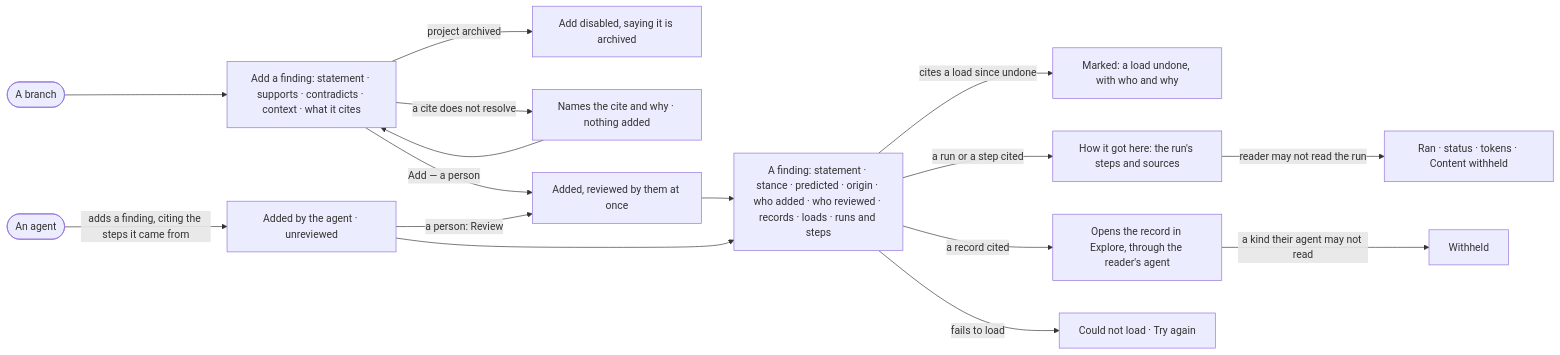
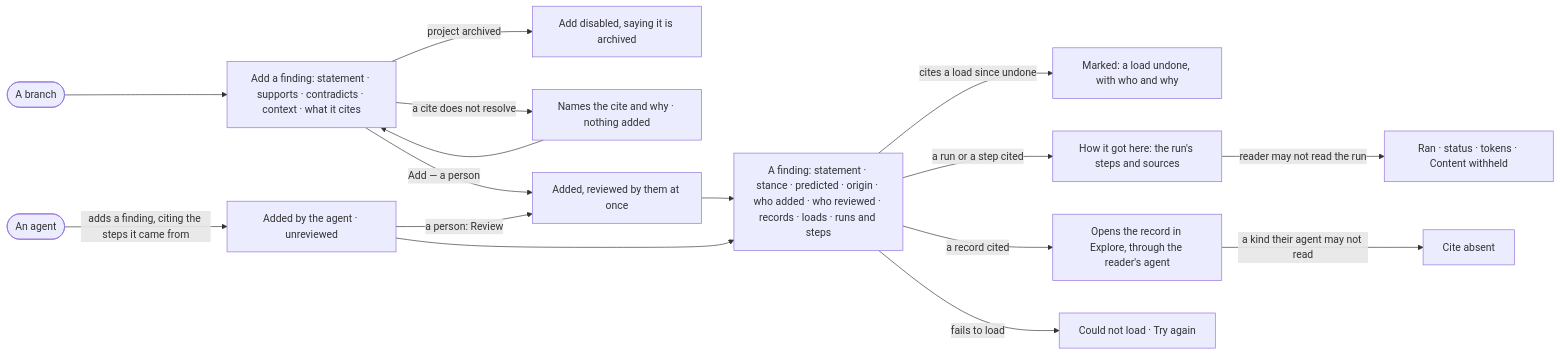
Before and after one commit to invana/invana: the diagram in specs/capabilities/projects/features/PJ-F03-branches-findings-and-decisions/stories/PJ-06-weigh-a-finding-and-the-records-behind-it/story.md, drawn with Mermaid. The commit also changed other lines of this file and 69 other files, not shown here.

````diff
--- a/specs/capabilities/projects/features/PJ-F03-branches-findings-and-decisions/stories/PJ-06-weigh-a-finding-and-the-records-behind-it/story.md
+++ b/specs/capabilities/projects/features/PJ-F03-branches-findings-and-decisions/stories/PJ-06-weigh-a-finding-and-the-records-behind-it/story.md
@@ -32,17 +32,17 @@
 ```mermaid
 flowchart LR
   b([A branch]) --> add["Add a finding: statement · supports · contradicts · context · what it cites"]
   add -->|project archived| na["Add disabled, saying it is archived"]
   add -->|a cite does not resolve| ref["Names the cite and why · nothing added"] --> add
   add -->|Add — a person| rev["Added, reviewed by them at once"]
   agent([An agent]) -->|adds a finding, citing the steps it came from| unrev["Added by the agent · unreviewed"]
   unrev -->|a person: Review| rev
   rev --> f["A finding: statement · stance · predicted · origin · who added · who reviewed · records · loads · runs and steps"]
   unrev --> f
   f -->|cites a load since undone| rt["Marked: a load undone, with who and why"]
   f -->|a run or a step cited| tr["How it got here: the run's steps and sources"]
   tr -->|reader may not read the run| wh["Ran · status · tokens · Content withheld"]
   f -->|a record cited| rc["Opens the record in Explore, through the reader's agent"]
-  rc -->|a kind their agent may not read| rw["Withheld"]
+  rc -->|a kind their agent may not read| rw["Cite absent"]
   f -->|fails to load| x["Could not load · Try again"]
 ```
````
